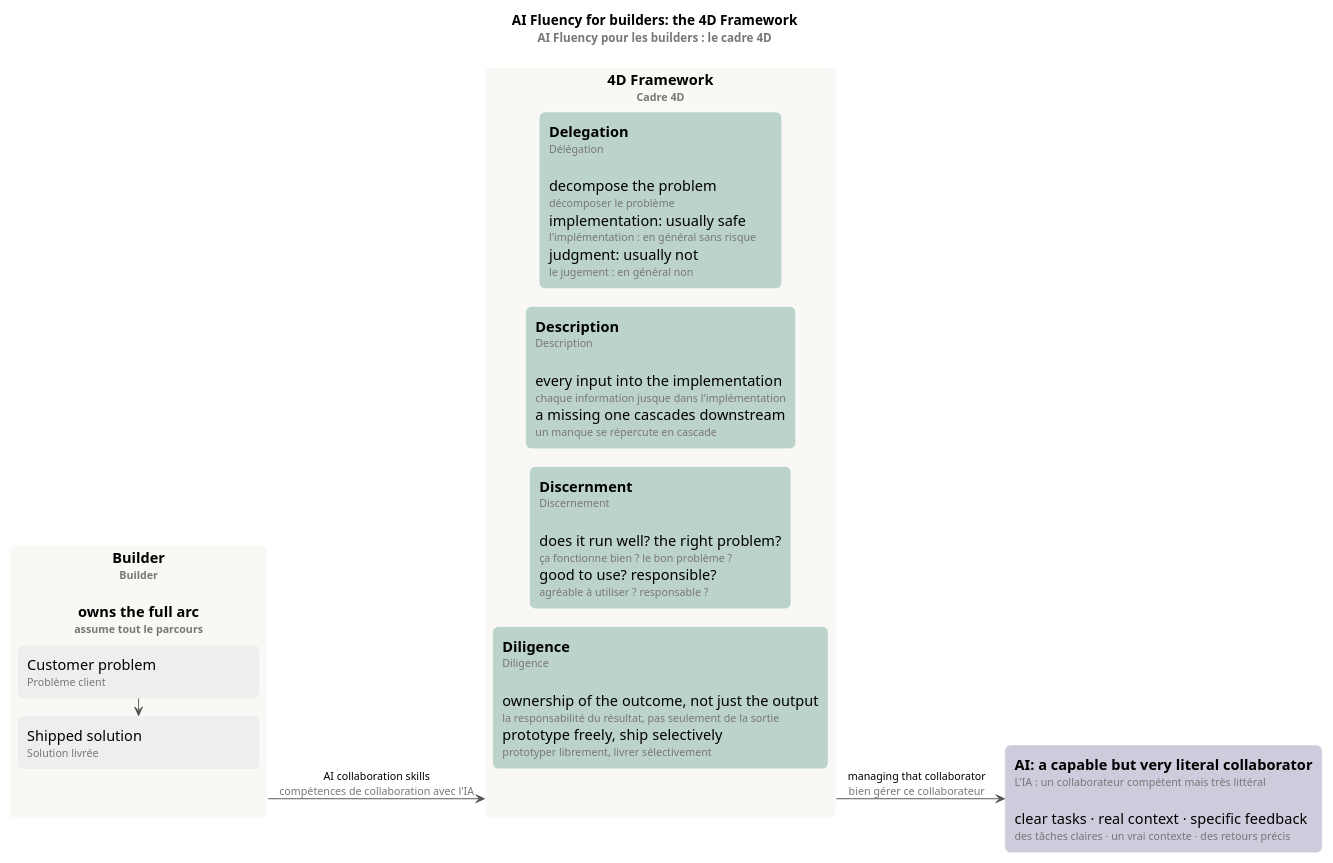
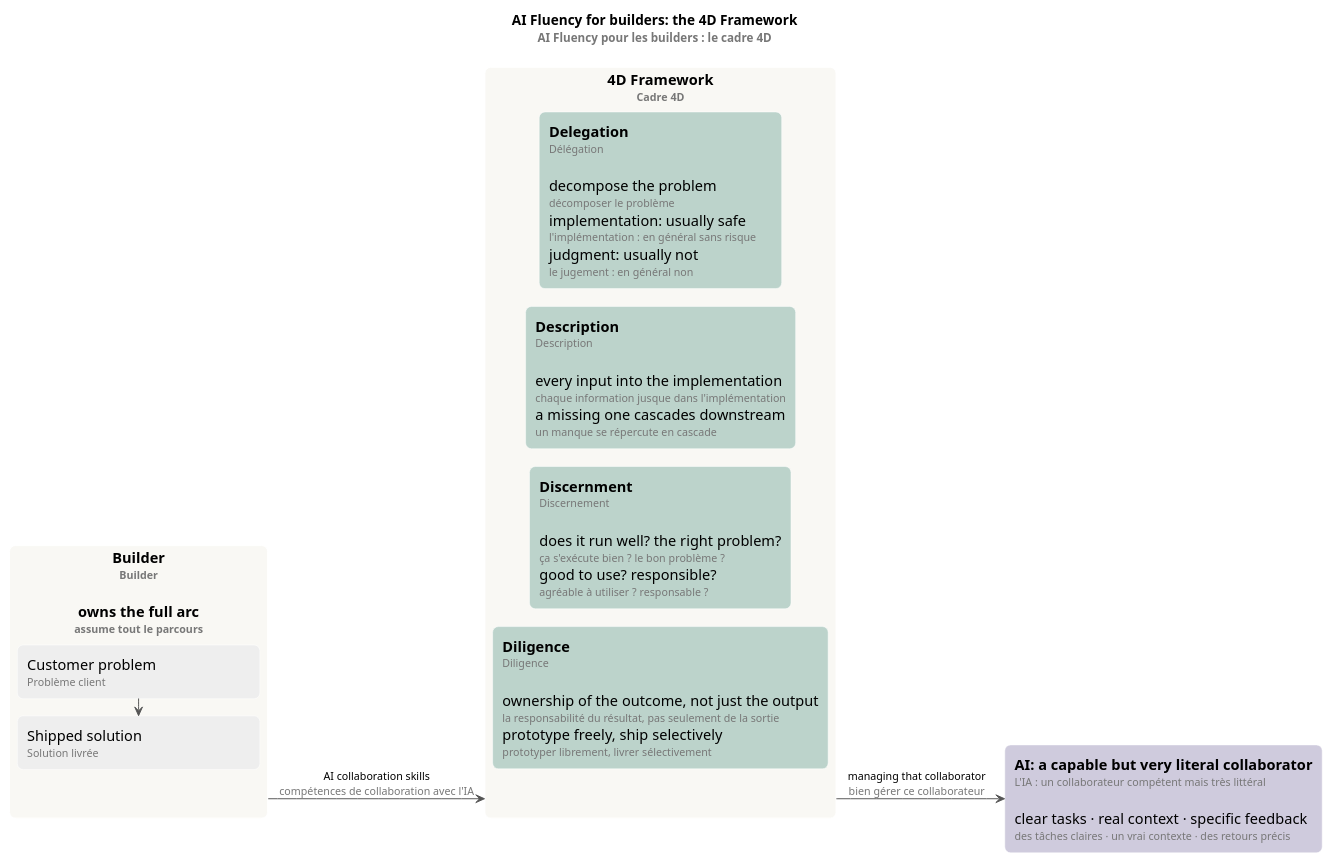
Before and after one commit to ltruchot/anthropic-academy-ai-glossary: the diagram in 02-ai-fluency-for-builders/mindmap/builder-4ds.puml, drawn with PlantUML. The commit also changed 2 other files, not shown here.

Commit message:
docs: the 4D map says « s'exécute » for runs

```diff
--- a/02-ai-fluency-for-builders/mindmap/builder-4ds.puml
+++ b/02-ai-fluency-for-builders/mindmap/builder-4ds.puml
@@ -1,45 +1,45 @@
 @startuml builder-4ds
 ' Render: java -jar plantuml.jar -tsvg builder-4ds.puml (smetana: no Graphviz needed).
 !pragma layout smetana
 left to right direction
 
 skinparam defaultFontName Helvetica
 skinparam shadowing false
 skinparam roundCorner 12
 skinparam ArrowColor #555555
 skinparam rectangle {
   BorderColor #FFFFFF
   FontSize 15
 }
 <style>
 rectangle {
   MinimumWidth 230
 }
 </style>
 
 title AI Fluency for builders: the 4D Framework\n<size:12><color:#777>AI Fluency pour les builders : le cadre 4D</color></size>
 
 rectangle "**Builder**\n<size:11><color:#777>Builder</color></size>\n\nowns the full arc\n<size:11><color:#777>assume tout le parcours</color></size>" as BUILDER #F9F8F4 {
   rectangle "Customer problem\n<size:11><color:#777>Problème client</color></size>" as PROBLEM #EEEEEE
   rectangle "Shipped solution\n<size:11><color:#777>Solution livrée</color></size>" as SHIPPED #EEEEEE
 }
 
 rectangle "**4D Framework**\n<size:11><color:#777>Cadre 4D</color></size>" as FRAMEWORK #F9F8F4 {
   rectangle "**Delegation**\n<size:11><color:#777>Délégation</color></size>\n\ndecompose the problem\n<size:11><color:#777>décomposer le problème</color></size>\nimplementation: usually safe\n<size:11><color:#777>l'implémentation : en général sans risque</color></size>\njudgment: usually not\n<size:11><color:#777>le jugement : en général non</color></size>" as DEL #BCD3CB
   rectangle "**Description**\n<size:11><color:#777>Description</color></size>\n\nevery input into the implementation\n<size:11><color:#777>chaque information jusque dans l'implémentation</color></size>\na missing one cascades downstream\n<size:11><color:#777>un manque se répercute en cascade</color></size>" as DES #BCD3CB
-  rectangle "**Discernment**\n<size:11><color:#777>Discernement</color></size>\n\ndoes it run well? the right problem?\n<size:11><color:#777>ça fonctionne bien ? le bon problème ?</color></size>\ngood to use? responsible?\n<size:11><color:#777>agréable à utiliser ? responsable ?</color></size>" as DIS #BCD3CB
+  rectangle "**Discernment**\n<size:11><color:#777>Discernement</color></size>\n\ndoes it run well? the right problem?\n<size:11><color:#777>ça s'exécute bien ? le bon problème ?</color></size>\ngood to use? responsible?\n<size:11><color:#777>agréable à utiliser ? responsable ?</color></size>" as DIS #BCD3CB
   rectangle "**Diligence**\n<size:11><color:#777>Diligence</color></size>\n\nownership of the outcome, not just the output\n<size:11><color:#777>la responsabilité du résultat, pas seulement de la sortie</color></size>\nprototype freely, ship selectively\n<size:11><color:#777>prototyper librement, livrer sélectivement</color></size>" as DIL #BCD3CB
 }
 
 rectangle "**AI: a capable but very literal collaborator**\n<size:11><color:#777>L'IA : un collaborateur compétent mais très littéral</color></size>\n\nclear tasks · real context · specific feedback\n<size:11><color:#777>des tâches claires · un vrai contexte · des retours précis</color></size>" as AI #CFCBDD
 
 ' Left to right: "left" stacks downward, "down" places side by side.
 PROBLEM -left-> SHIPPED
 DEL -[hidden]left- DES
 DES -[hidden]left- DIS
 DIS -[hidden]left- DIL
 
 BUILDER --> FRAMEWORK : <size:11>AI collaboration skills</size>\n<size:11><color:#777>compétences de collaboration avec l'IA</color></size>
 FRAMEWORK --> AI : <size:11>managing that collaborator</size>\n<size:11><color:#777>bien gérer ce collaborateur</color></size>
 
 @enduml
```
